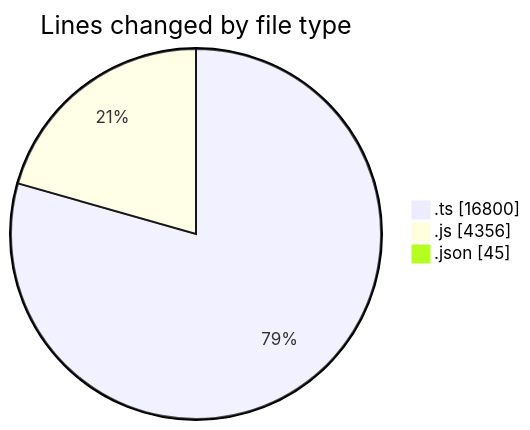
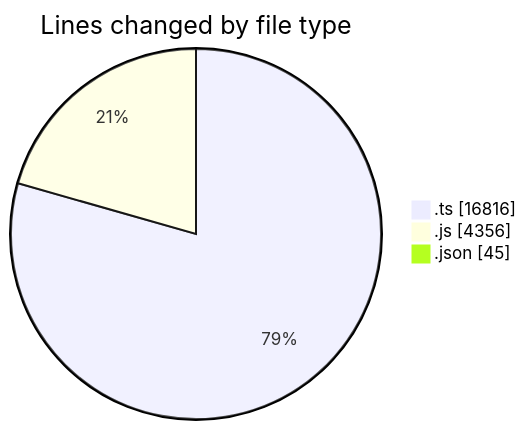
The first of 2 diagrams in 2025-07-29/cda/README.md (momahboobian/code-tracking), drawn with Mermaid before and after one commit. The commit also changed other lines of this file and 1 other file, not shown here.

````diff
--- a/2025-07-29/cda/README.md
+++ b/2025-07-29/cda/README.md
@@ -30,7 +30,7 @@
 ```mermaid
 pie showData
 title Lines changed by file type
-".ts" : 16800
+".ts" : 16816
 ".js" : 4356
 ".json" : 45
 ```
````
